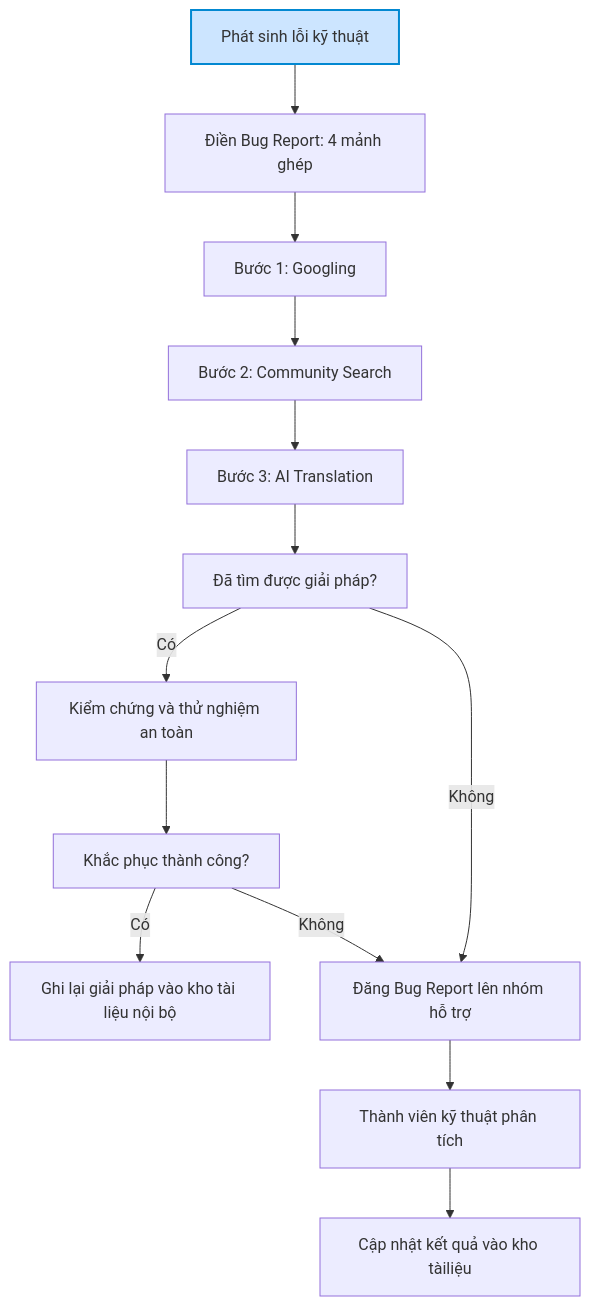
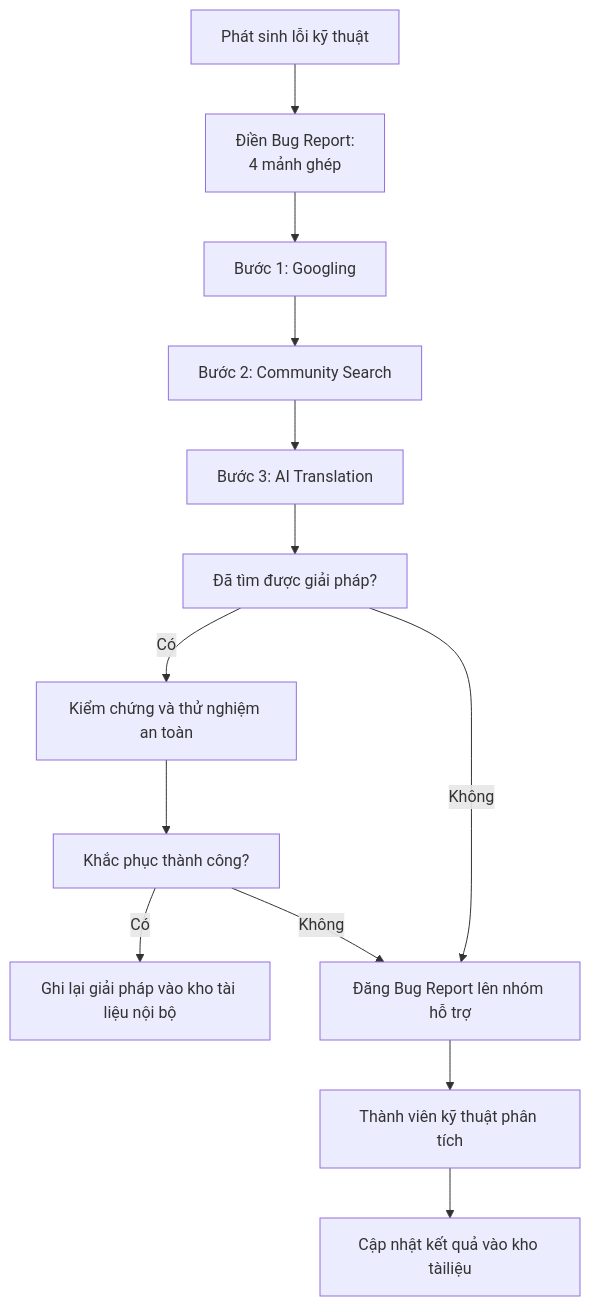
Before and after one commit to Duyanh2k8/HCM-KS26-CNTT1_NMCNTT_Session22_Ex05: the diagram in README.md, drawn with Mermaid.

````diff
--- a/README.md
+++ b/README.md
@@ -79,17 +79,15 @@
 ```mermaid
-graph TD
-  A["Phát sinh lỗi kỹ thuật"] --> B["Điền Bug Report: 4 mảnh ghép"]
+flowchart TD
+  A["Phát sinh lỗi kỹ thuật"] --> B["Điền Bug Report:</br>4 mảnh ghép"]
   B --> C["Bước 1: Googling"]
   C --> D["Bước 2: Community Search"]
   D --> E["Bước 3: AI Translation"]
   E --> F["Đã tìm được giải pháp?"]
   F --> |Có| G["Kiểm chứng và thử nghiệm an toàn"]
   G --> H["Khắc phục thành công?"]
   H --> |Có| I["Ghi lại giải pháp vào kho tài liệu nội bộ"]
   H --> |Không| J["Đăng Bug Report lên nhóm hỗ trợ"]
   F --> |Không| J["Đăng Bug Report lên nhóm hỗ trợ"]
   J --> K["Thành viên kỹ thuật phân tích"]
   K --> L["Cập nhật kết quả vào kho tàiliệu"]
-
-  style A fill:#cce5ff,stroke:#0288d1,stroke-width:2px
 ```
````
